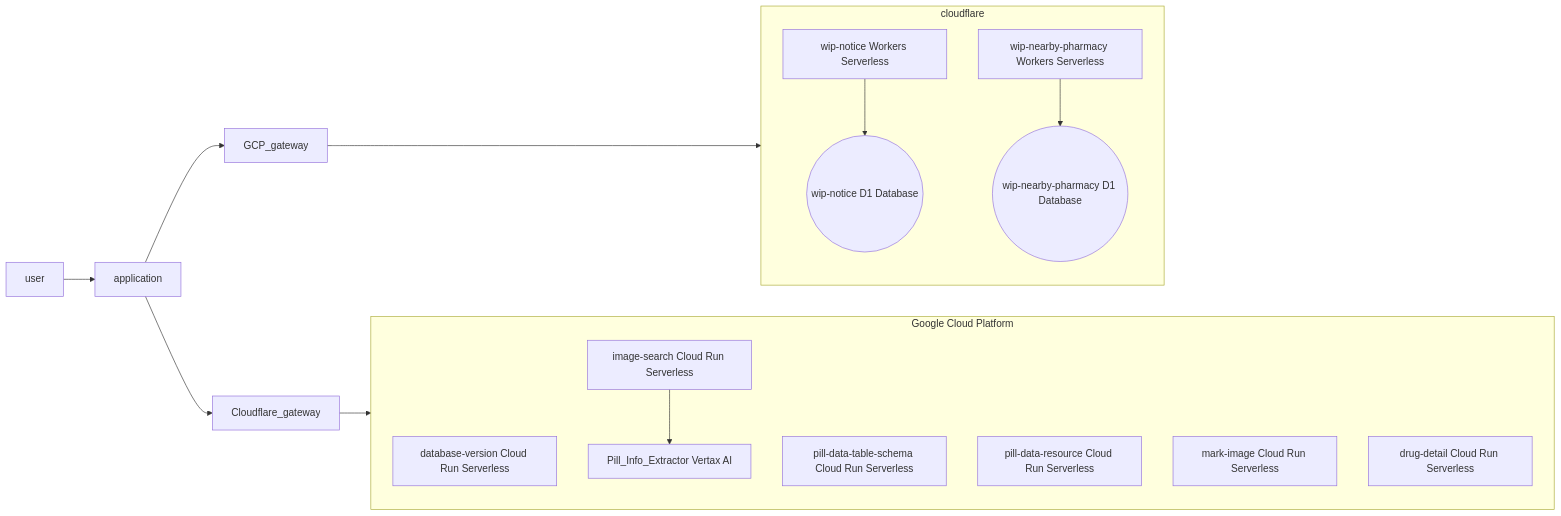
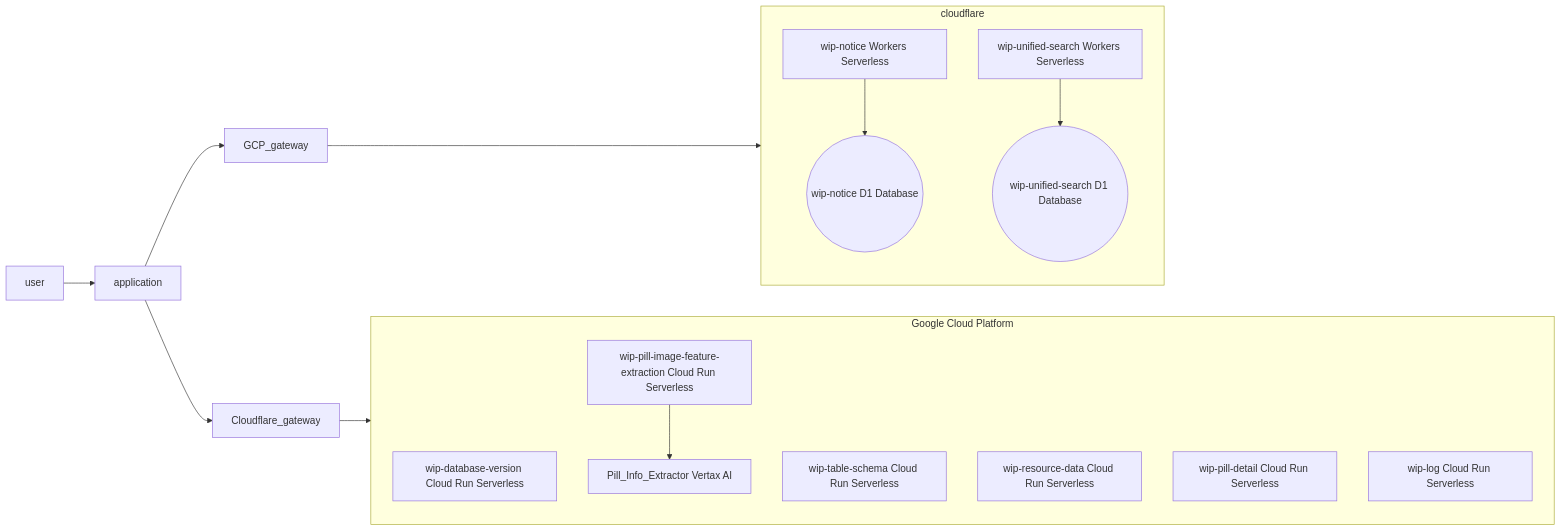
The diagram in diagram/시스템_아키텍처.md (KNUT-Capstone-Design-team-1/wip-document), drawn with Mermaid before and after one commit.

Commit message:
docs: 시스템 아키텍처 업데이트

````diff
--- a/diagram/시스템_아키텍처.md
+++ b/diagram/시스템_아키텍처.md
@@ -1,46 +1,44 @@
 ```mermaid
 flowchart LR
     user
     application
     GCP_gateway
     Cloudflare_gateway
 
 
     %% 클라우드 플레어
     subgraph cloudflare[cloudflare]
         wip-notice-workers["wip-notice Workers Serverless"]
         wip-notice-d1(("wip-notice D1 Database"))
-        wip-nearby-pharmacy-workers["wip-nearby-pharmacy Workers Serverless"]
-        wip-nearby-pharmacy-d1(("wip-nearby-pharmacy D1 Database"))
+        wip-unified-search-workers["wip-unified-search Workers Serverless"]
+        wip-unified-search-d1(("wip-unified-search D1 Database"))
 
         wip-notice-workers --> wip-notice-d1
-        wip-nearby-pharmacy-workers --> wip-nearby-pharmacy-d1
+        wip-unified-search-workers --> wip-unified-search-d1
     end
 
     
     %% GCP
     subgraph gcp[Google Cloud Platform]
-        database-version["database-version Cloud Run Serverless"]
-        pill-data-table-schema["pill-data-table-schema Cloud Run Serverless"]
-        pill-data-resource["pill-data-resource Cloud Run Serverless"]
+        wip-database-version["wip-database-version Cloud Run Serverless"]
+        wip-table-schema["wip-table-schema Cloud Run Serverless"]
+        wip-resource-data["wip-resource-data Cloud Run Serverless"]
+        wip-pill-detail["wip-pill-detail Cloud Run Serverless"]
+        wip-log["wip-log Cloud Run Serverless"]
 
-        mark-image["mark-image Cloud Run Serverless"]
-
-        drug-detail["drug-detail Cloud Run Serverless"]
-
-        image-search["image-search Cloud Run Serverless"]
+        wip-pill-image-feature-extraction["wip-pill-image-feature-extraction Cloud Run Serverless"]
         Pill_Info_Extractor["Pill_Info_Extractor Vertax AI"]
 
-        image-search --> Pill_Info_Extractor
+        wip-pill-image-feature-extraction --> Pill_Info_Extractor
     end
 
 
     %% entry point
     user --> application
     
     application --> GCP_gateway
     application --> Cloudflare_gateway
 
     GCP_gateway --> cloudflare
     Cloudflare_gateway --> gcp
 ```
````
